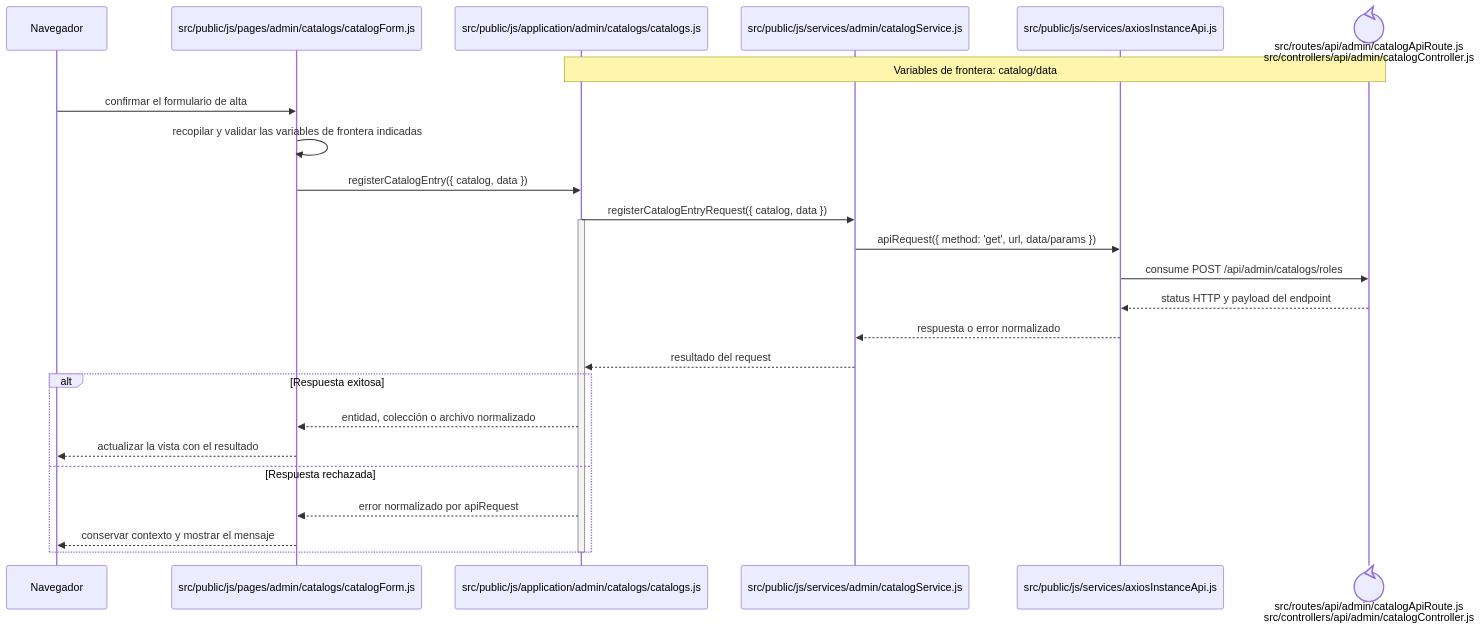
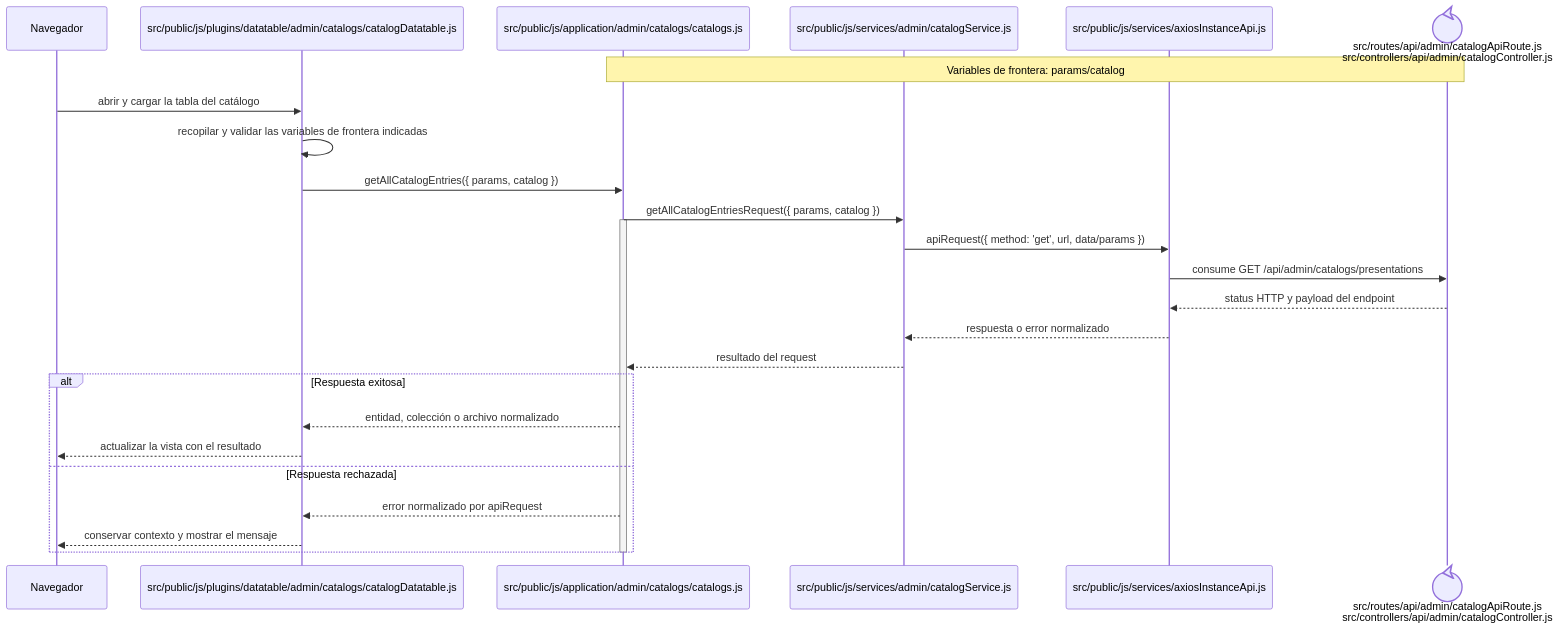
One commit to gpgsistemas01/nexus changed the diagram in docs/architecture/frontend-code-sequences/catalogs/cu-cat-31.md. Above: the diagram before and after it, drawn with Mermaid. The commit also changed other lines of this file and 207 other files, not shown here.

````diff
--- a/docs/architecture/frontend-code-sequences/catalogs/cu-cat-31.md
+++ b/docs/architecture/frontend-code-sequences/catalogs/cu-cat-31.md
@@ -6,29 +6,29 @@
 ```mermaid
 sequenceDiagram
     participant Browser as Navegador
-    participant View as src/public/js/pages/admin/catalogs/catalogForm.js
+    participant View as src/public/js/plugins/datatable/admin/catalogs/catalogDatatable.js
     participant Application as src/public/js/application/admin/catalogs/catalogs.js
     participant Request as src/public/js/services/admin/catalogService.js
     participant HTTP as src/public/js/services/axiosInstanceApi.js
     participant Transport@{ "type": "control" } as src/routes/api/admin/catalogApiRoute.js<br/>src/controllers/api/admin/catalogController.js
-    Note over Application,Transport: Variables de frontera: catalog/data
+    Note over Application,Transport: Variables de frontera: params/catalog
 
-    Browser->>View: confirmar el formulario de alta
+    Browser->>View: abrir y cargar la tabla del catálogo
     View->>View: recopilar y validar las variables de frontera indicadas
-    View->>Application: registerCatalogEntry({ catalog, data })
-    Application->>Request: registerCatalogEntryRequest({ catalog, data })
+    View->>Application: getAllCatalogEntries({ params, catalog })
+    Application->>Request: getAllCatalogEntriesRequest({ params, catalog })
     activate Application
     Request->>HTTP: apiRequest({ method: 'get', url, data/params })
-    HTTP->>Transport: consume POST /api/admin/catalogs/roles
+    HTTP->>Transport: consume GET /api/admin/catalogs/presentations
     Transport-->>HTTP: status HTTP y payload del endpoint
     HTTP-->>Request: respuesta o error normalizado
     Request-->>Application: resultado del request
     alt Respuesta exitosa
         Application-->>View: entidad, colección o archivo normalizado
         View-->>Browser: actualizar la vista con el resultado
     else Respuesta rechazada
         Application-->>View: error normalizado por apiRequest
         View-->>Browser: conservar contexto y mostrar el mensaje
     end
     deactivate Application
 ```
````
